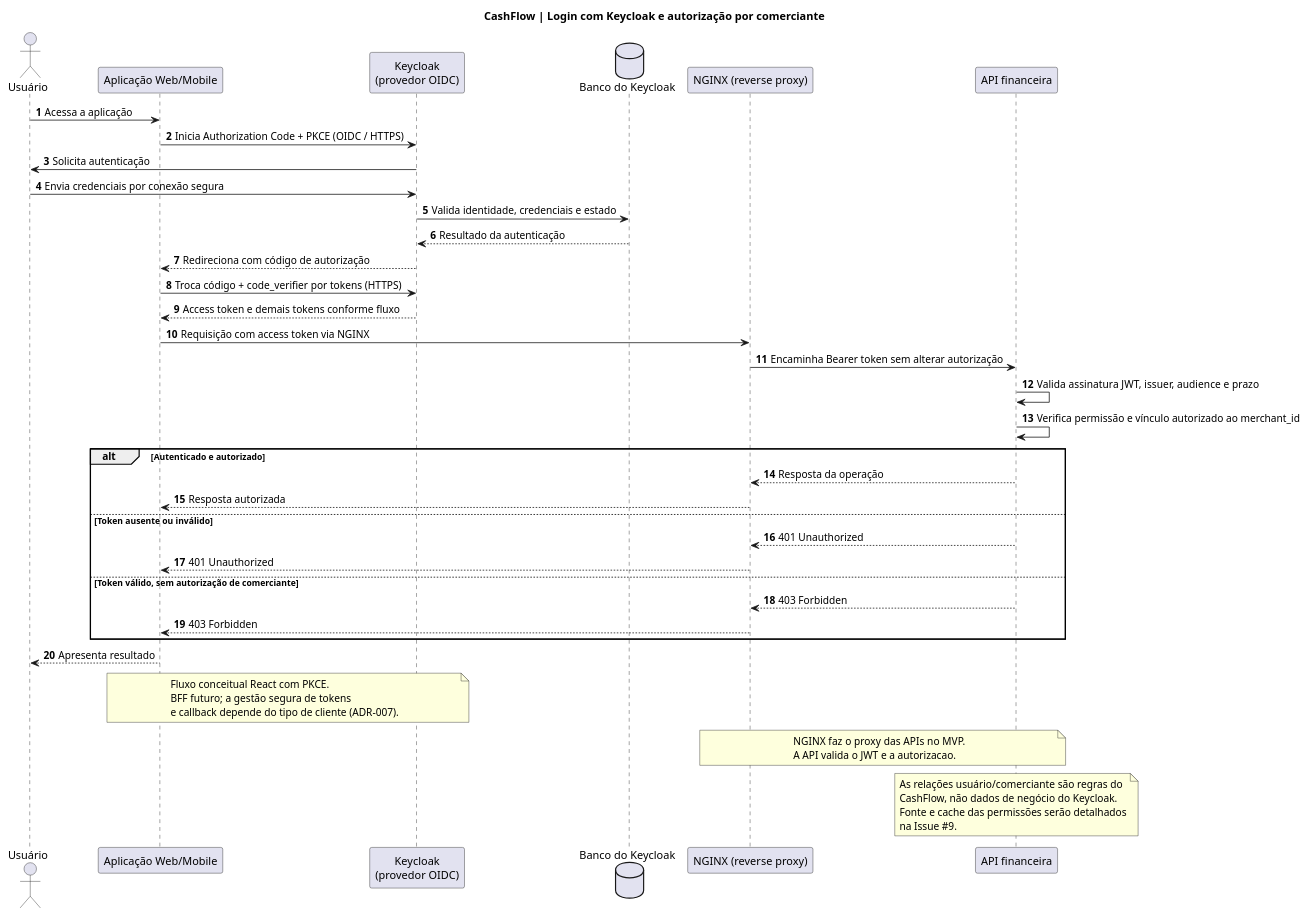
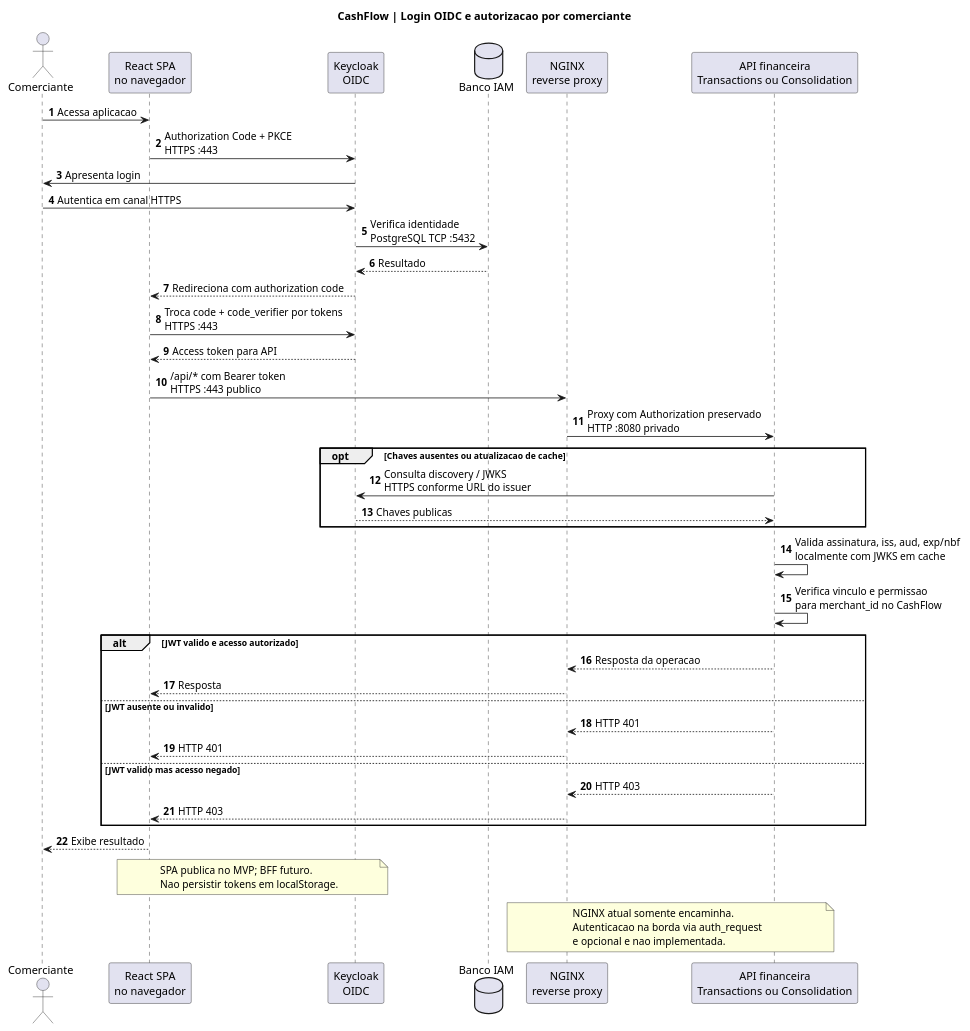
One commit to wolwerr/CashFlow-Architecture changed the diagram in docs/architecture/plantuml/sequence-auth.puml. Above: the diagram before and after it, drawn with PlantUML.

Commit message:
docs(validation): align sequence flow with Outbox, JWT and service boundaries (#6)

```diff
--- a/docs/architecture/plantuml/sequence-auth.puml
+++ b/docs/architecture/plantuml/sequence-auth.puml
@@ -1,49 +1,48 @@
 @startuml CashFlow_Authentication
-title CashFlow | Login com Keycloak e autorização por comerciante
+title CashFlow | Login OIDC e autorizacao por comerciante
 autonumber
-actor "Usuário" as U
-participant "Aplicação Web/Mobile" as W
-participant "Keycloak\n(provedor OIDC)" as KC
-database "Banco do Keycloak" as DB
-participant "NGINX (reverse proxy)" as G
-participant "API financeira" as API
-U -> W: Acessa a aplicação
-W -> KC: Inicia Authorization Code + PKCE (OIDC / HTTPS)
-KC -> U: Solicita autenticação
-U -> KC: Envia credenciais por conexão segura
-KC -> DB: Valida identidade, credenciais e estado
-DB --> KC: Resultado da autenticação
-KC --> W: Redireciona com código de autorização
-W -> KC: Troca código + code_verifier por tokens (HTTPS)
-KC --> W: Access token e demais tokens conforme fluxo
-W -> G: Requisição com access token via NGINX
-G -> API: Encaminha Bearer token sem alterar autorização
-API -> API: Valida assinatura JWT, issuer, audience e prazo
-API -> API: Verifica permissão e vínculo autorizado ao merchant_id
-alt Autenticado e autorizado
-  API --> G: Resposta da operação
-  G --> W: Resposta autorizada
-else Token ausente ou inválido
-  API --> G: 401 Unauthorized
-  G --> W: 401 Unauthorized
-else Token válido, sem autorização de comerciante
-  API --> G: 403 Forbidden
-  G --> W: 403 Forbidden
+actor "Comerciante" as U
+participant "React SPA\nno navegador" as W
+participant "Keycloak\nOIDC" as KC
+database "Banco IAM" as DB
+participant "NGINX\nreverse proxy" as G
+participant "API financeira\nTransactions ou Consolidation" as API
+
+U -> W: Acessa aplicacao
+W -> KC: Authorization Code + PKCE\nHTTPS :443
+KC -> U: Apresenta login
+U -> KC: Autentica em canal HTTPS
+KC -> DB: Verifica identidade\nPostgreSQL TCP :5432
+DB --> KC: Resultado
+KC --> W: Redireciona com authorization code
+W -> KC: Troca code + code_verifier por tokens\nHTTPS :443
+KC --> W: Access token para API
+W -> G: /api/* com Bearer token\nHTTPS :443 publico
+G -> API: Proxy com Authorization preservado\nHTTP :8080 privado
+opt Chaves ausentes ou atualizacao de cache
+  API -> KC: Consulta discovery / JWKS\nHTTPS conforme URL do issuer
+  KC --> API: Chaves publicas
 end
-W --> U: Apresenta resultado
+API -> API: Valida assinatura, iss, aud, exp/nbf\nlocalmente com JWKS em cache
+API -> API: Verifica vinculo e permissao\npara merchant_id no CashFlow
+alt JWT valido e acesso autorizado
+  API --> G: Resposta da operacao
+  G --> W: Resposta
+else JWT ausente ou invalido
+  API --> G: HTTP 401
+  G --> W: HTTP 401
+else JWT valido mas acesso negado
+  API --> G: HTTP 403
+  G --> W: HTTP 403
+end
+W --> U: Exibe resultado
 note over W,KC
-Fluxo conceitual React com PKCE.
-BFF futuro; a gestão segura de tokens
-e callback depende do tipo de cliente (ADR-007).
+SPA publica no MVP; BFF futuro.
+Nao persistir tokens em localStorage.
 end note
 note over G,API
-NGINX faz o proxy das APIs no MVP.
-A API valida o JWT e a autorizacao.
-end note
-note over API
-As relações usuário/comerciante são regras do
-CashFlow, não dados de negócio do Keycloak.
-Fonte e cache das permissões serão detalhados
-na Issue #9.
+NGINX atual somente encaminha.
+Autenticacao na borda via auth_request
+e opcional e nao implementada.
 end note
 @enduml
```
